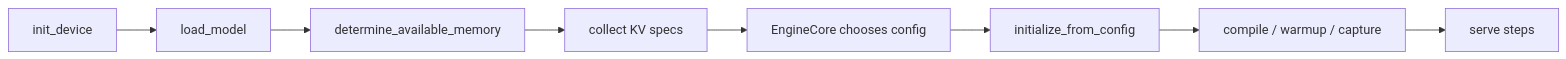
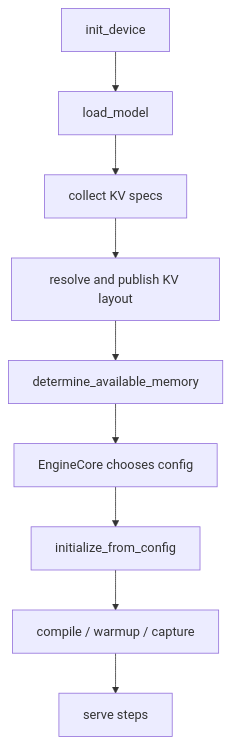
Before and after one commit to cluster1900/vllm_reader: diagram 17 of 41 in book/07-model-execution/README.md, drawn with Mermaid. The commit also changed other lines of this file and 38 other files, not shown here.

````diff
--- a/book/07-model-execution/README.md
+++ b/book/07-model-execution/README.md
@@ -485,10 +504,11 @@
 ```mermaid
-flowchart LR
+flowchart TD
     ID["init_device"] --> LM["load_model"]
-    LM --> PM["determine_available_memory"]
-    PM --> SPEC["collect KV specs"]
-    SPEC --> PLAN["EngineCore chooses config"]
+    LM --> SPEC["collect KV specs"]
+    SPEC --> LAYOUT["resolve and publish KV layout"]
+    LAYOUT --> PM["determine_available_memory"]
+    PM --> PLAN["EngineCore chooses config"]
     PLAN --> IKV["initialize_from_config"]
     IKV --> WARM["compile / warmup / capture"]
     WARM --> RUN["serve steps"]
 ```
````
